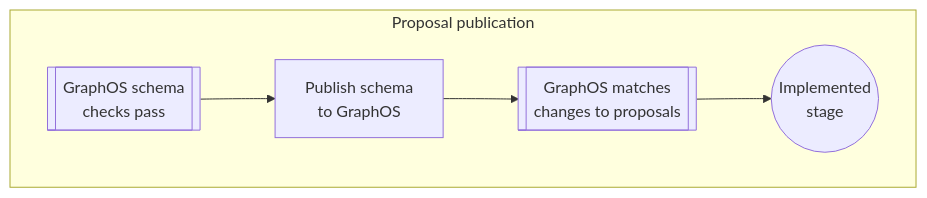
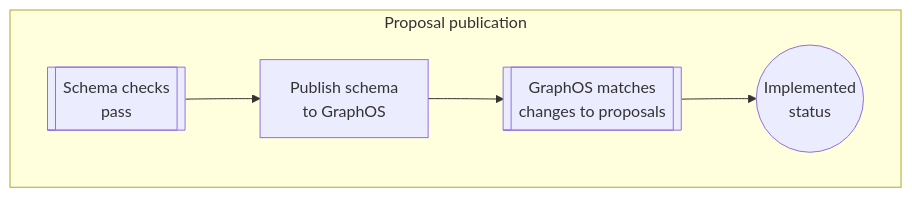
Before and after one commit to apollographql/docs: the fourth of 5 diagrams in src/content/graphos/delivery/schema-proposals.mdx, drawn with Mermaid. The commit also changed other lines of this file and 4 other files, not shown here.

````diff
--- a/src/content/graphos/delivery/schema-proposals.mdx
+++ b/src/content/graphos/delivery/schema-proposals.mdx
@@ -100,14 +104,14 @@
 ```mermaid
 graph LR
     subgraph Implemented ["Proposal publication"]
     direction LR
-    Checks[["GraphOS schema <br/> checks pass"]]
+    Checks[["Schema checks <br/> pass"]]
     Publish["Publish schema <br/> to GraphOS"]
     Monitor[["GraphOS matches <br/> changes to proposals"]]
-    ImplementedStage((Implemented <br/> stage))
-    Checks --> Publish --> Monitor --> ImplementedStage
+    ImplementedStatus((Implemented <br/> status))
+    Checks --> Publish --> Monitor --> ImplementedStatus
     end
-    class ImplementedStage secondary;
-    class ImplementedStage CircleSize50;
+    class ImplementedStatus secondary;
+    class ImplementedStatus CircleSize50;
     class Checks,Monitor tertiary;
 ```
````
